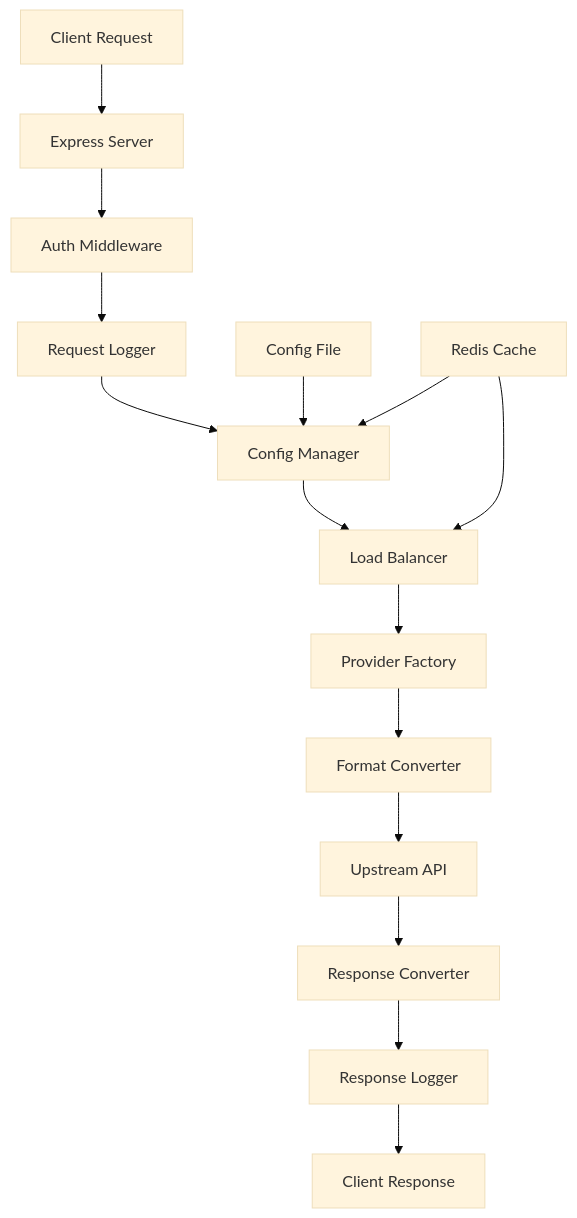
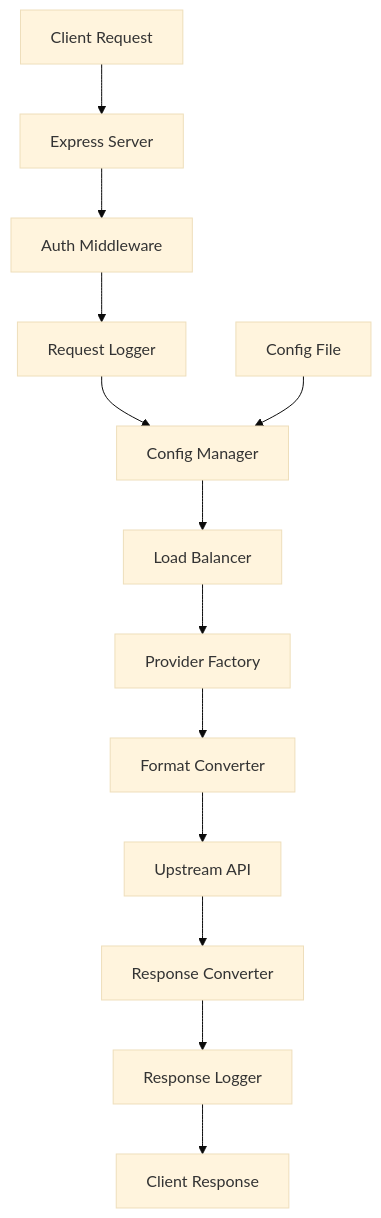
The diagram in DEVELOPMENT.md (BenedictKing/claude-proxy), drawn with Mermaid (base theme) before and after one commit. The commit also changed other lines of this file and 1 other file, not shown here.

Commit message:
refactor: 移除 Redis 依赖，改为基于文件的配置管理

````diff
--- a/DEVELOPMENT.md
+++ b/DEVELOPMENT.md
@@ -232,18 +221,16 @@
 ```mermaid
 graph TD
     A[Client Request] --> B[Express Server]
     B --> C[Auth Middleware]
     C --> D[Request Logger]
     D --> E[Config Manager]
     E --> F[Load Balancer]
     F --> G[Provider Factory]
     G --> H[Format Converter]
     H --> I[Upstream API]
     I --> J[Response Converter]
     J --> K[Response Logger]
     K --> L[Client Response]
     
     M[Config File] --> E
-    N[Redis Cache] --> E
-    N --> F
 ```
````
